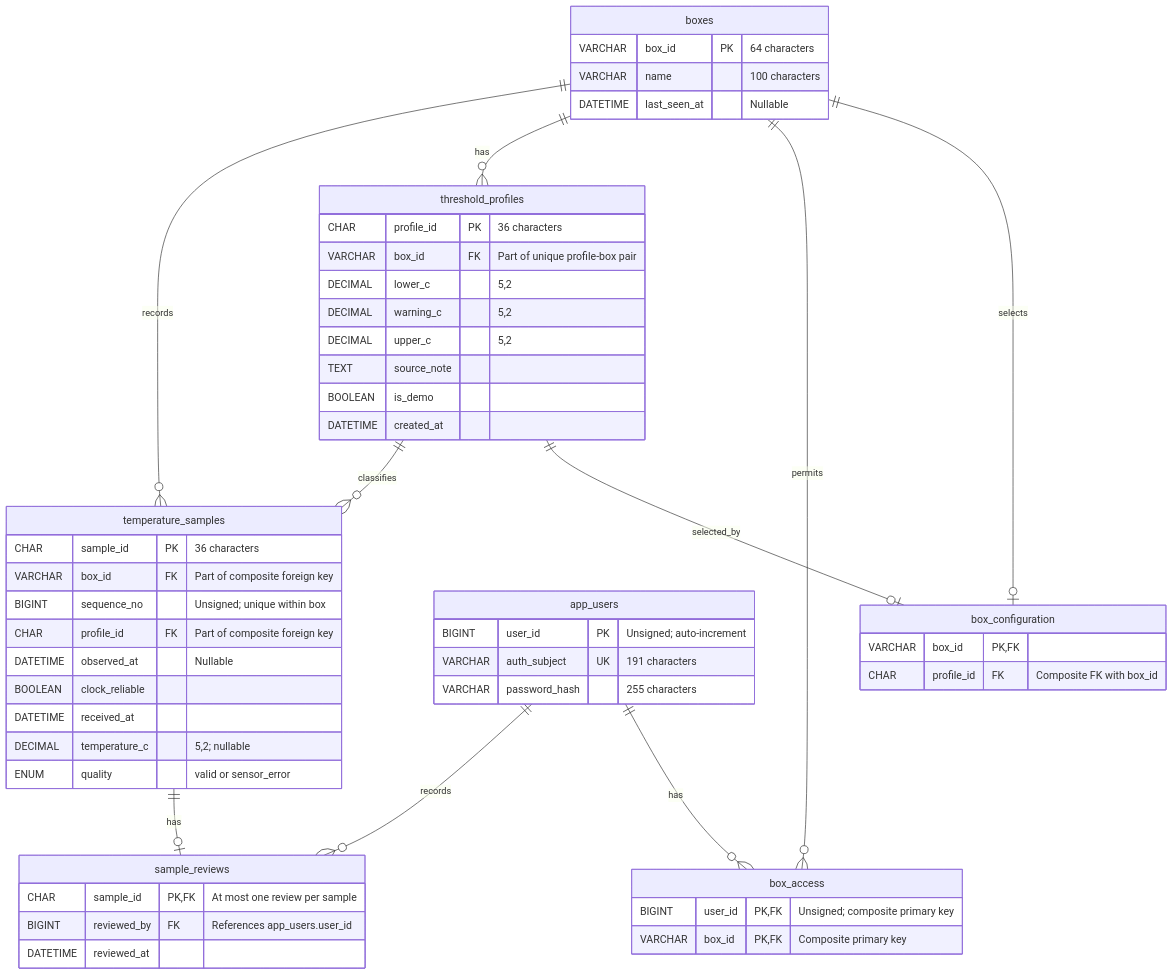
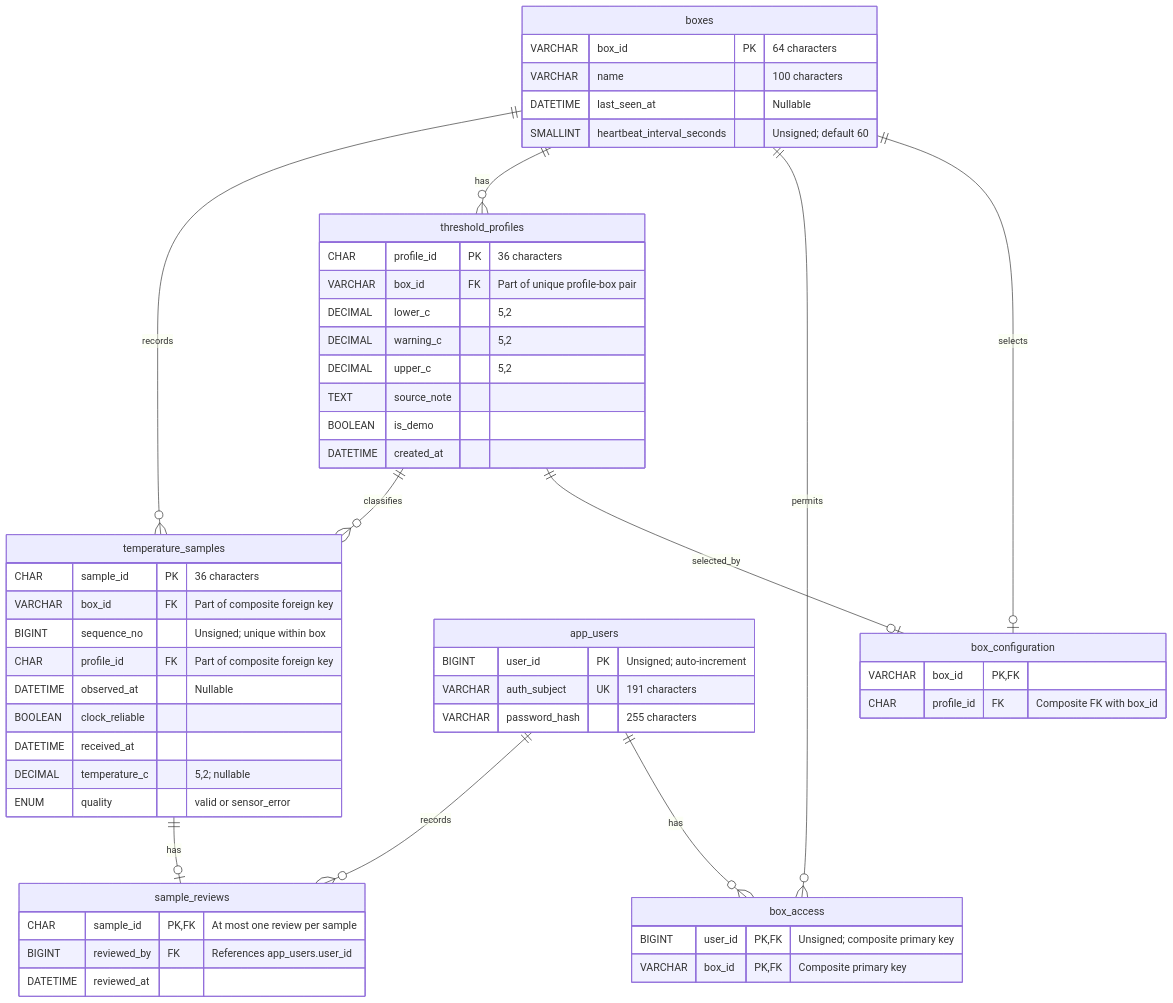
Before and after one commit to nikitsya/TempSafe: the diagram in docs/design/database-erd.md, drawn with Mermaid. The commit also changed 10 other files, not shown here.

````diff
--- a/docs/design/database-erd.md
+++ b/docs/design/database-erd.md
@@ -9,57 +9,58 @@
 ```mermaid
 erDiagram
     boxes ||--o| box_configuration: selects
     threshold_profiles ||--o| box_configuration: selected_by
     app_users ||--o{ box_access: has
     boxes ||--o{ box_access: permits
     boxes ||--o{ threshold_profiles: has
     boxes ||--o{ temperature_samples: records
     threshold_profiles ||--o{ temperature_samples: classifies
     temperature_samples ||--o| sample_reviews: has
     app_users ||--o{ sample_reviews: records
 
     box_configuration {
         VARCHAR box_id PK, FK
         CHAR profile_id FK "Composite FK with box_id"
     }
     app_users {
         BIGINT user_id PK "Unsigned; auto-increment"
         VARCHAR auth_subject UK "191 characters"
         VARCHAR password_hash "255 characters"
     }
     boxes {
         VARCHAR box_id PK "64 characters"
         VARCHAR name "100 characters"
         DATETIME last_seen_at "Nullable"
+        SMALLINT heartbeat_interval_seconds "Unsigned; default 60"
     }
     box_access {
         BIGINT user_id PK, FK "Unsigned; composite primary key"
         VARCHAR box_id PK, FK "Composite primary key"
     }
     threshold_profiles {
         CHAR profile_id PK "36 characters"
         VARCHAR box_id FK "Part of unique profile-box pair"
         DECIMAL lower_c "5,2"
         DECIMAL warning_c "5,2"
         DECIMAL upper_c "5,2"
         TEXT source_note
         BOOLEAN is_demo
         DATETIME created_at
     }
     temperature_samples {
         CHAR sample_id PK "36 characters"
         VARCHAR box_id FK "Part of composite foreign key"
         BIGINT sequence_no "Unsigned; unique within box"
         CHAR profile_id FK "Part of composite foreign key"
         DATETIME observed_at "Nullable"
         BOOLEAN clock_reliable
         DATETIME received_at
         DECIMAL temperature_c "5,2; nullable"
         ENUM quality "valid or sensor_error"
     }
     sample_reviews {
         CHAR sample_id PK, FK "At most one review per sample"
         BIGINT reviewed_by FK "References app_users.user_id"
         DATETIME reviewed_at
     }
 ```
````
